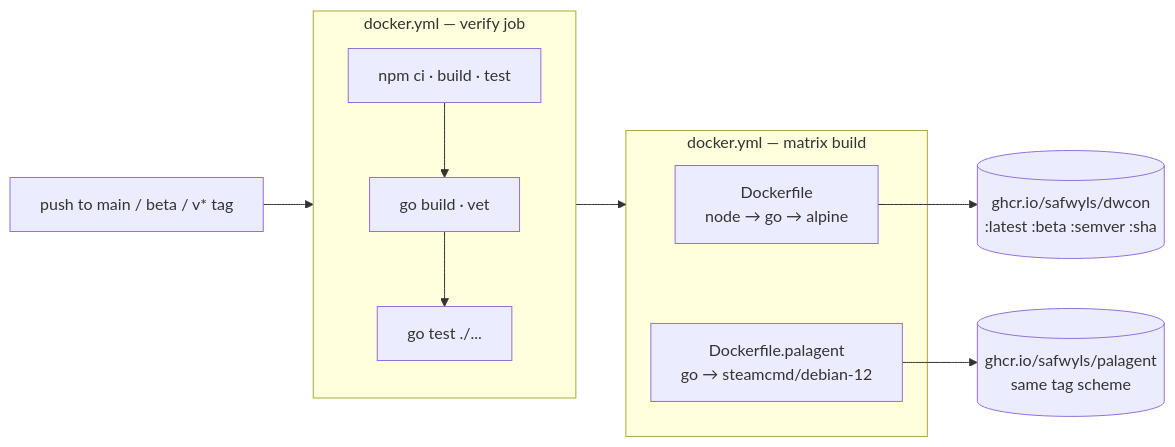
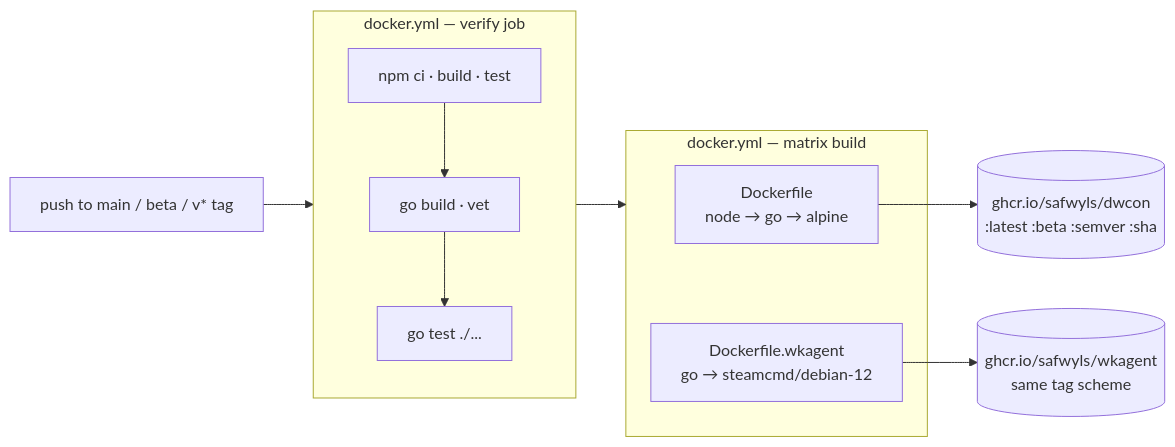
Before and after one commit to safwyls/artificer: the fifth of 5 diagrams in docs/architecture.md, drawn with Mermaid. The commit also changed other lines of this file and 77 other files, not shown here.

````diff
--- a/docs/architecture.md
+++ b/docs/architecture.md
@@ -646,20 +646,20 @@
 ```mermaid
 flowchart LR
     trig["push to main / beta / v* tag"]
 
     subgraph verify["docker.yml — verify job"]
         v1["npm ci · build · test"] --> v2["go build · vet"] --> v3["go test ./..."]
     end
 
     subgraph build["docker.yml — matrix build"]
         d1["Dockerfile<br/>node → go → alpine"]
-        d2["Dockerfile.palagent<br/>go → steamcmd/debian-12"]
+        d2["Dockerfile.wkagent<br/>go → steamcmd/debian-12"]
     end
 
     ghcr1[("ghcr.io/safwyls/dwcon<br/>:latest :beta :semver :sha")]
-    ghcr2[("ghcr.io/safwyls/palagent<br/>same tag scheme")]
+    ghcr2[("ghcr.io/safwyls/wkagent<br/>same tag scheme")]
 
     trig --> verify --> build
     d1 --> ghcr1
     d2 --> ghcr2
 ```
````
